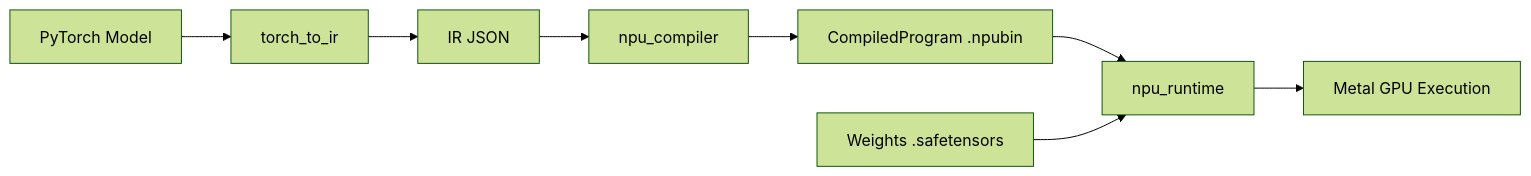
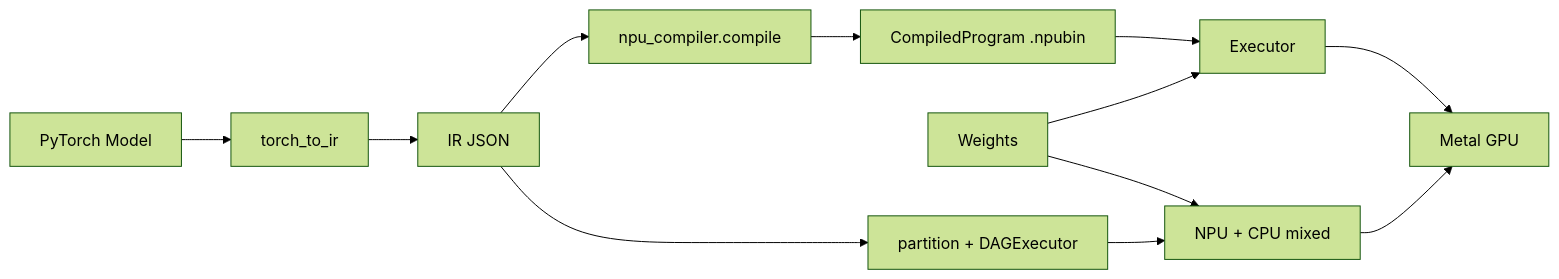
One commit to sweetcocoa/pytorch-apple changed the diagram in docs/index.md. Above: the diagram before and after it, drawn with Mermaid (forest theme). The commit also changed other lines of this file and 15 other files, not shown here.

First line of the commit message:
Update docs for graph partitioning pipeline

````diff
--- a/docs/index.md
+++ b/docs/index.md
@@ -60,10 +70,14 @@
 ```mermaid
 graph LR
     A[PyTorch Model] --> B[torch_to_ir]
     B --> C[IR JSON]
-    C --> D[npu_compiler]
-    D --> E[CompiledProgram .npubin]
-    E --> F[npu_runtime]
-    G[Weights .safetensors] --> F
-    F --> H[Metal GPU Execution]
+    C --> D1[npu_compiler.compile]
+    D1 --> E[CompiledProgram .npubin]
+    E --> F1[Executor]
+    G[Weights] --> F1
+    F1 --> H[Metal GPU]
+    C --> D2[partition + DAGExecutor]
+    D2 --> F2[NPU + CPU mixed]
+    G --> F2
+    F2 --> H
 ```
````
